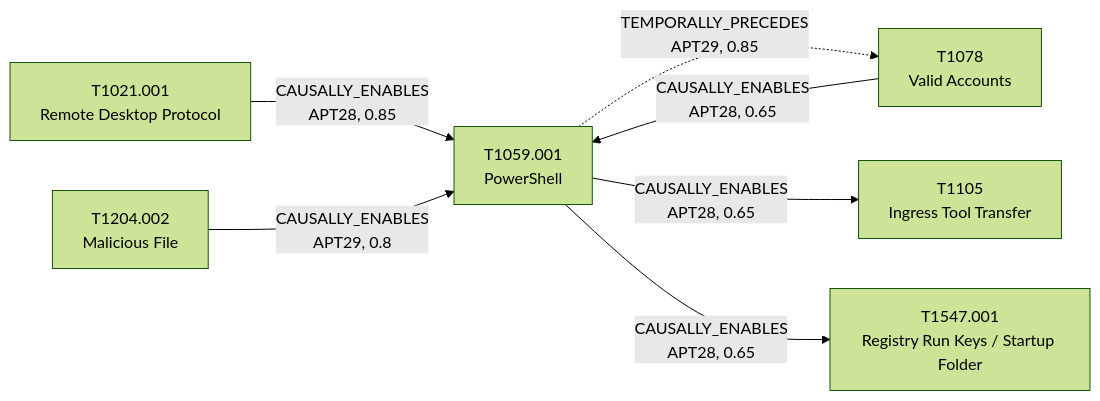
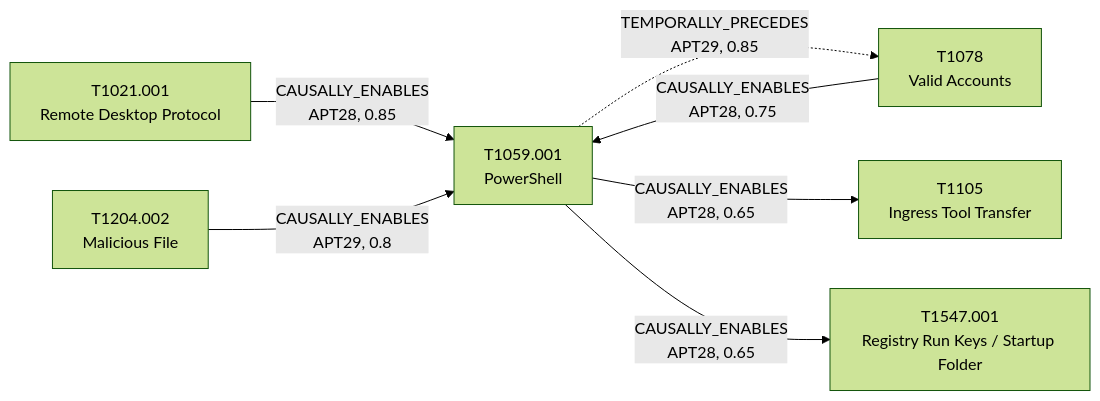
Before and after one commit to HungryBrain-bot/attackKnowledgeGraph: the diagram in docs/attack-patterns/T1059.001-powershell.md, drawn with Mermaid (forest theme). The commit also changed other lines of this file and 9 other files, not shown here.

````diff
--- a/docs/attack-patterns/T1059.001-powershell.md
+++ b/docs/attack-patterns/T1059.001-powershell.md
@@ -66,15 +85,15 @@
 ```mermaid
 flowchart LR
     T_T1059_001["T1059.001<br/>PowerShell"]
     T_T1021_001["T1021.001<br/>Remote Desktop Protocol"]
     T_T1078["T1078<br/>Valid Accounts"]
     T_T1105["T1105<br/>Ingress Tool Transfer"]
     T_T1204_002["T1204.002<br/>Malicious File"]
     T_T1547_001["T1547.001<br/>Registry Run Keys / Startup Folder"]
     T_T1021_001 -->|"CAUSALLY_ENABLES<br/>APT28, 0.85"| T_T1059_001
     T_T1059_001 -.->|"TEMPORALLY_PRECEDES<br/>APT29, 0.85"| T_T1078
     T_T1059_001 -->|"CAUSALLY_ENABLES<br/>APT28, 0.65"| T_T1105
     T_T1059_001 -->|"CAUSALLY_ENABLES<br/>APT28, 0.65"| T_T1547_001
-    T_T1078 -->|"CAUSALLY_ENABLES<br/>APT28, 0.65"| T_T1059_001
+    T_T1078 -->|"CAUSALLY_ENABLES<br/>APT28, 0.75"| T_T1059_001
     T_T1204_002 -->|"CAUSALLY_ENABLES<br/>APT29, 0.8"| T_T1059_001
 ```
````
